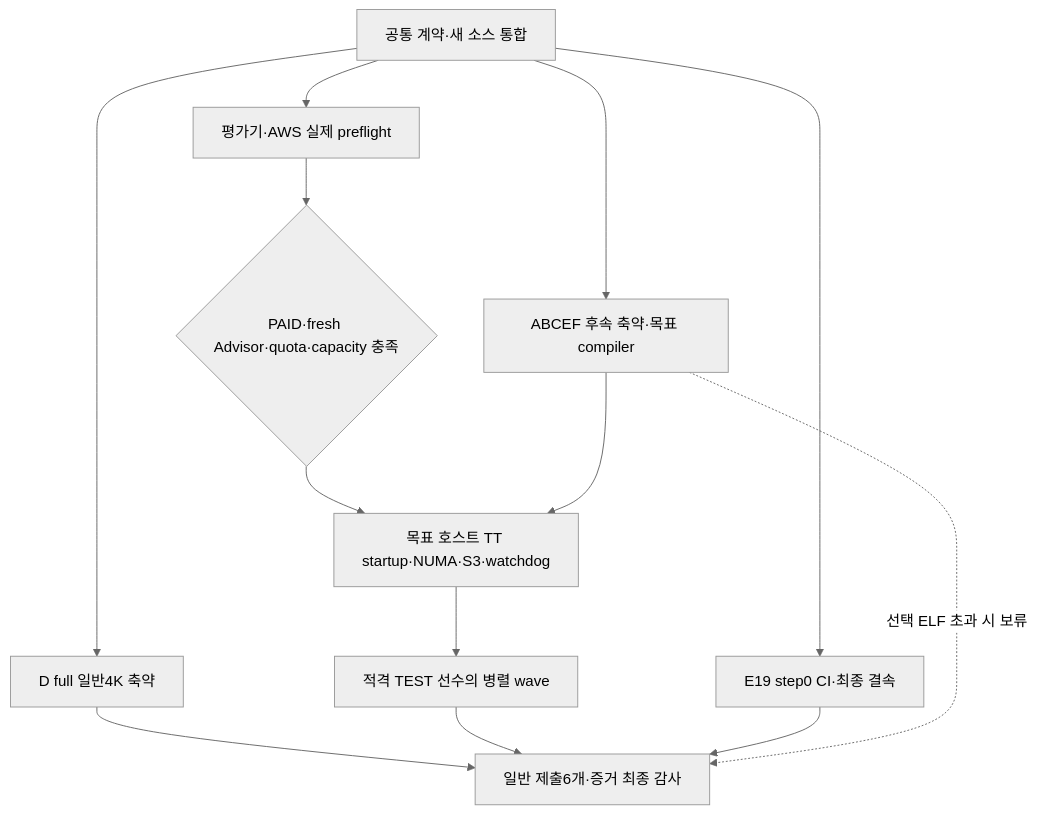
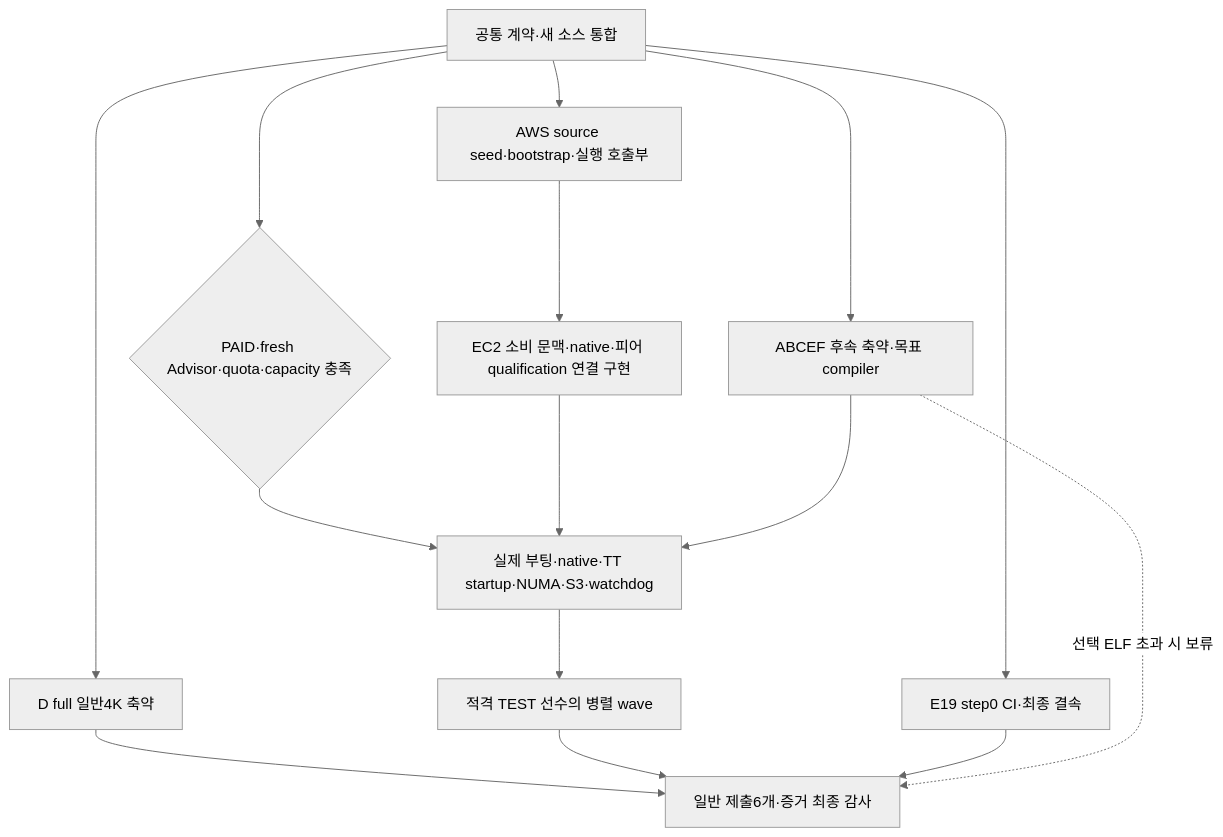
The second of 2 diagrams in docs/ENGINE-PLAN.ko.md (daejunnom/Rove4k), drawn with Mermaid (neutral theme) before and after one commit. The commit also changed other lines of this file and 1 other file, not shown here.

````diff
--- a/docs/ENGINE-PLAN.ko.md
+++ b/docs/ENGINE-PLAN.ko.md
@@ -277,15 +277,17 @@
 ```mermaid
 flowchart TD
   P[공통 계약·새 소스 통합] --> G1[ABCEF 후속 축약·목표 compiler]
   P --> G2[D full 일반4K 축약]
-  P --> R[평가기·AWS 실제 preflight]
+  P --> R[AWS source seed·bootstrap·실행 호출부]
   P --> M[E19 step0 CI·최종 결속]
-  R --> X{PAID·fresh Advisor·quota·capacity 충족}
-  X --> H[목표 호스트 TT startup·NUMA·S3·watchdog]
+  R --> S[EC2 소비 문맥·native·피어 qualification 연결 구현]
+  P --> X{PAID·fresh Advisor·quota·capacity 충족}
+  X --> H[실제 부팅·native·TT startup·NUMA·S3·watchdog]
+  S --> H
   G1 --> H
   H --> L[적격 TEST 선수의 병렬 wave]
   G2 --> A[일반 제출6개·증거 최종 감사]
   L --> A
   M --> A
   G1 -. 선택 ELF 초과 시 보류 .-> A
 ```
````
